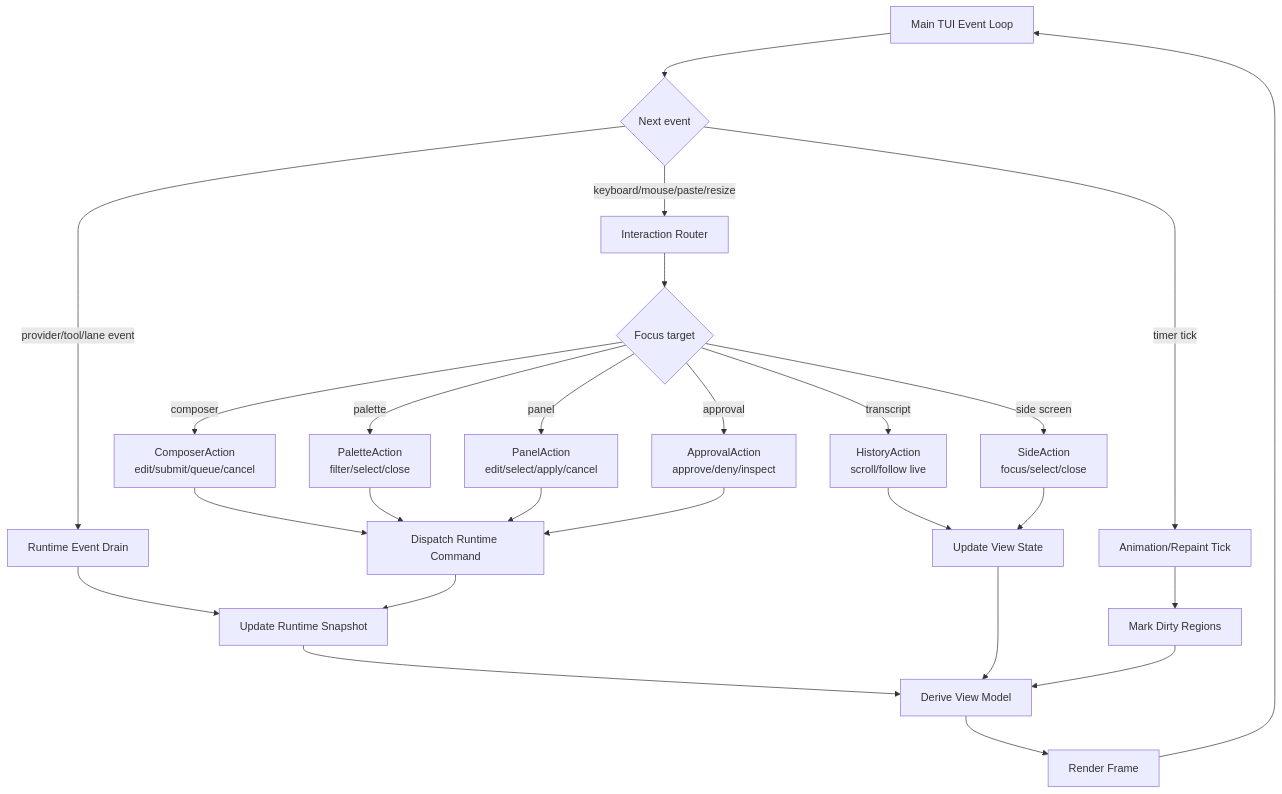
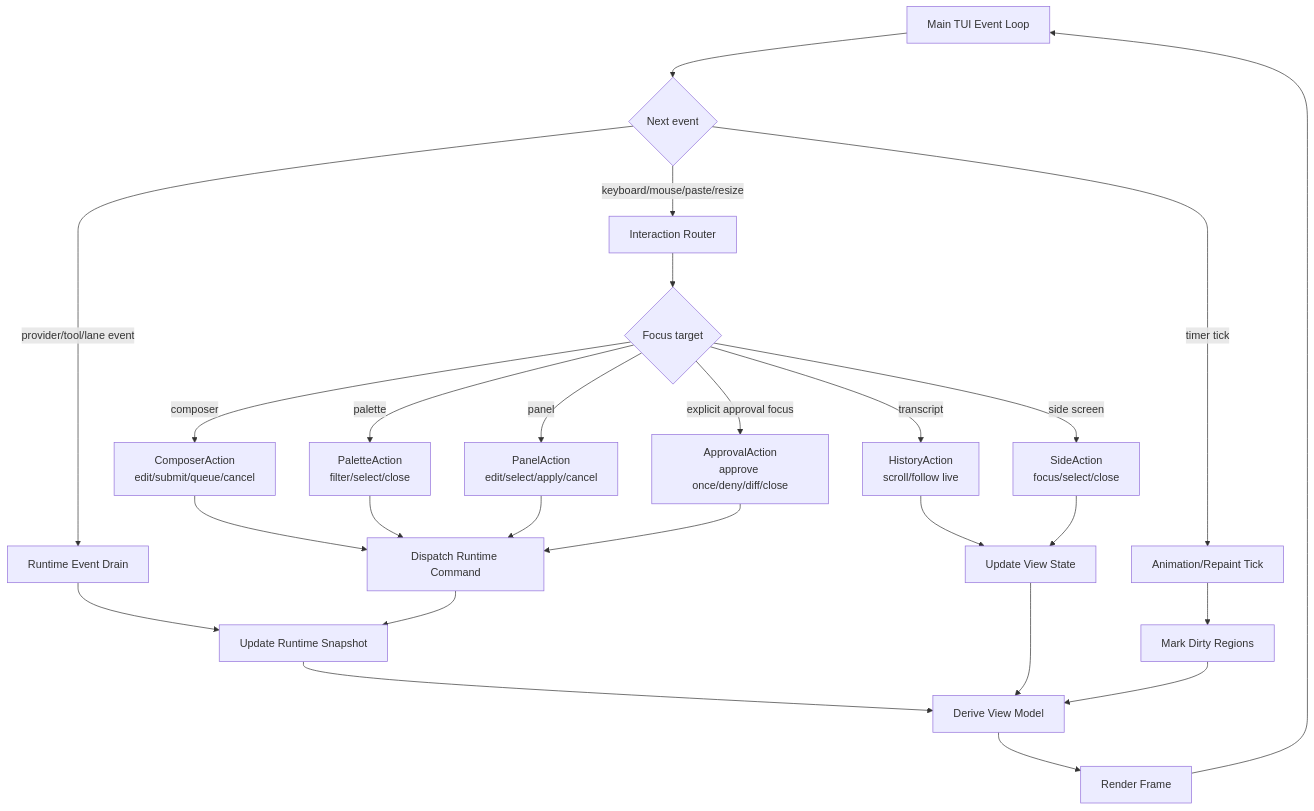
The second of 10 diagrams in docs/tui-interaction-flow-design.zh-CN.md (wikieden/robocode), drawn with Mermaid before and after one commit. The commit also changed other lines of this file and 3 other files, not shown here.

Commit message:
docs(tui): align explicit approval guidance

````diff
--- a/docs/tui-interaction-flow-design.zh-CN.md
+++ b/docs/tui-interaction-flow-design.zh-CN.md
@@ -75,31 +80,31 @@
 ```mermaid
 flowchart TD
     A["Main TUI Event Loop"] --> B{"Next event"}
     B -->|keyboard/mouse/paste/resize| C["Interaction Router"]
     B -->|provider/tool/lane event| D["Runtime Event Drain"]
     B -->|timer tick| E["Animation/Repaint Tick"]
 
     C --> F{"Focus target"}
     F -->|composer| G["ComposerAction<br/>edit/submit/queue/cancel"]
     F -->|palette| H["PaletteAction<br/>filter/select/close"]
     F -->|panel| I["PanelAction<br/>edit/select/apply/cancel"]
-    F -->|approval| J["ApprovalAction<br/>approve/deny/inspect"]
+    F -->|explicit approval focus| J["ApprovalAction<br/>approve once/deny/diff/close"]
     F -->|transcript| K["HistoryAction<br/>scroll/follow live"]
     F -->|side screen| L["SideAction<br/>focus/select/close"]
 
     G --> M["Dispatch Runtime Command"]
     H --> M
     I --> M
     J --> M
     K --> N["Update View State"]
     L --> N
     D --> O["Update Runtime Snapshot"]
     E --> P["Mark Dirty Regions"]
 
     M --> O
     O --> Q["Derive View Model"]
     N --> Q
     P --> Q
     Q --> R["Render Frame"]
     R --> A
 ```
````
